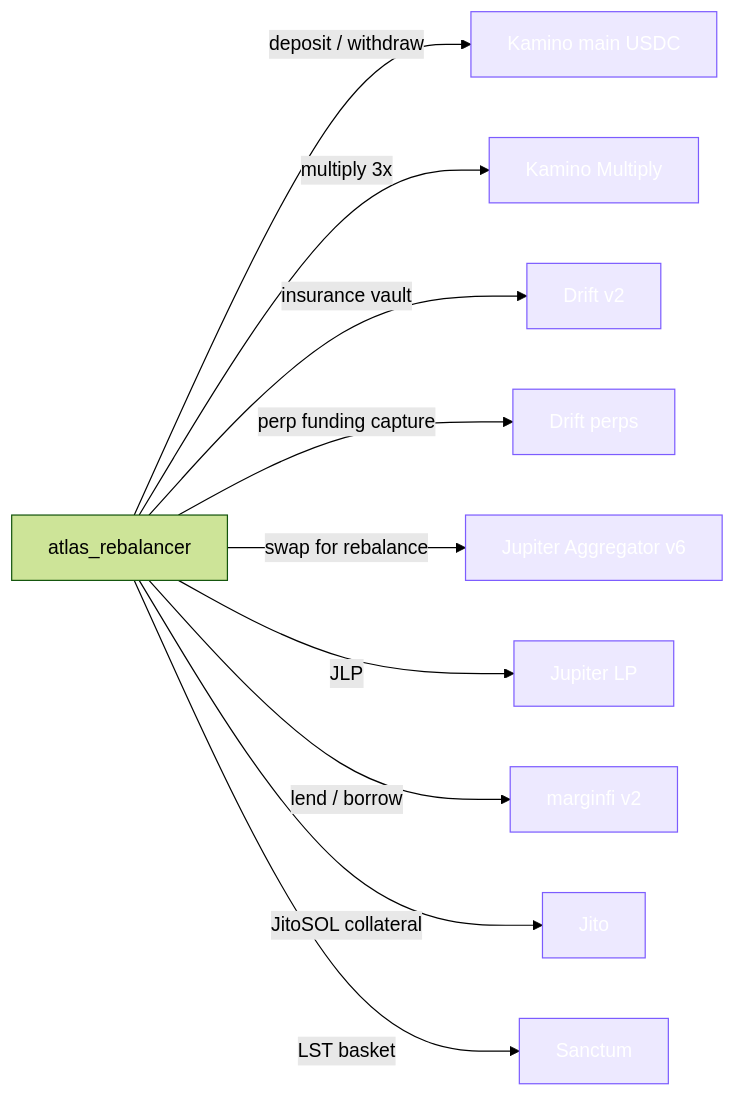
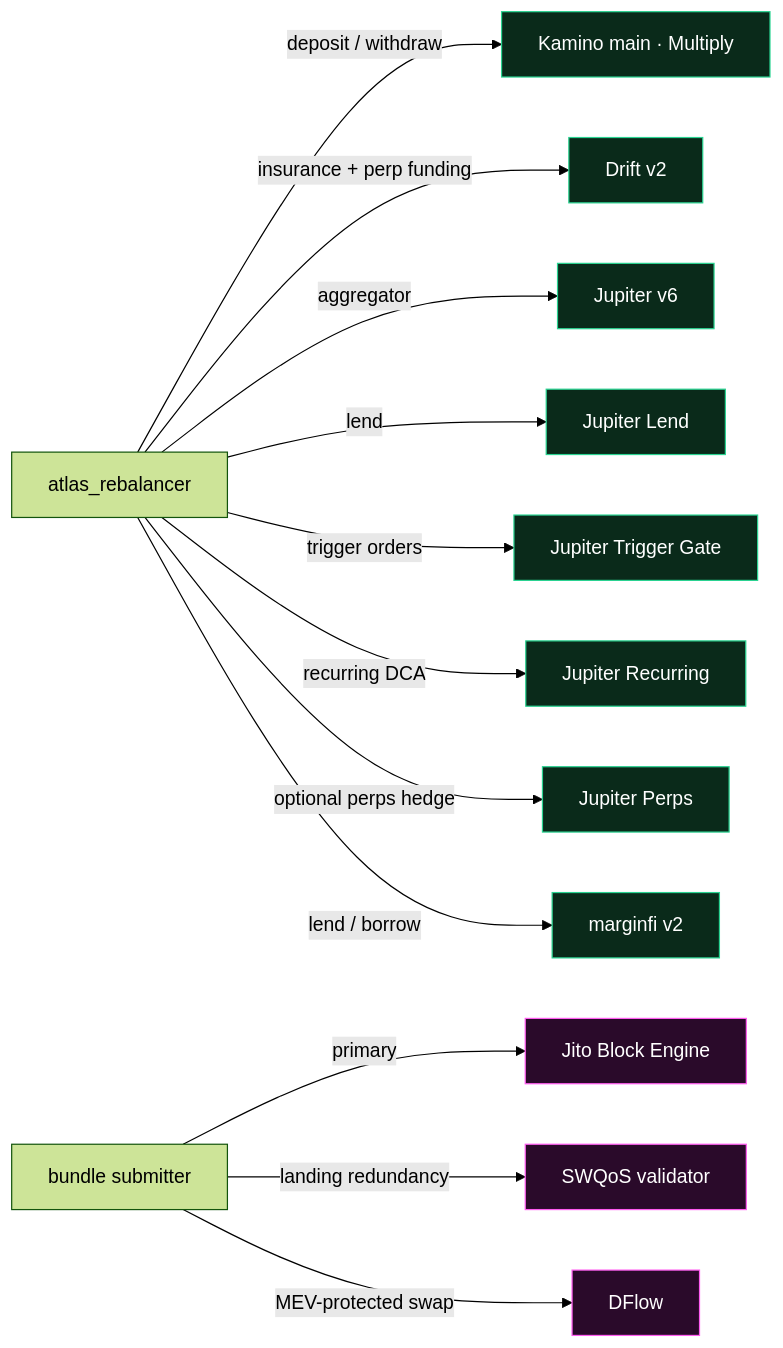
One commit to Sushant6095/Atlas-protocol-colosseum-solana changed the fifth of 7 diagrams in README.md. Above: the diagram before and after it, drawn with Mermaid (forest theme). The commit also changed other lines of this file, not shown here.

First line of the commit message:
docs(readme): institutional Treasury OS positioning + 24-phase architecture

````diff
--- a/README.md
+++ b/README.md
@@ -193,17 +325,22 @@
 ```mermaid
 graph LR
     REB[atlas_rebalancer]
+    REB -->|deposit / withdraw| K1[Kamino main · Multiply]
+    REB -->|insurance + perp funding| D1[Drift v2]
+    REB -->|aggregator| J1[Jupiter v6]
+    REB -->|lend| JL[Jupiter Lend]
+    REB -->|trigger orders| JT[Jupiter Trigger Gate]
+    REB -->|recurring DCA| JR[Jupiter Recurring]
+    REB -->|optional perps hedge| JP[Jupiter Perps]
+    REB -->|lend / borrow| MF[marginfi v2]
 
-    REB -->|"deposit / withdraw"| K1["Kamino main USDC"]
-    REB -->|"multiply 3x"| K2["Kamino Multiply"]
-    REB -->|"insurance vault"| D1["Drift v2"]
-    REB -->|"perp funding capture"| D2["Drift perps"]
-    REB -->|"swap for rebalance"| J1["Jupiter Aggregator v6"]
-    REB -->|"JLP"| J2["Jupiter LP"]
-    REB -->|"lend / borrow"| M1["marginfi v2"]
-    REB -->|"JitoSOL collateral"| JT["Jito"]
-    REB -->|"LST basket"| SC["Sanctum"]
+    SUB[bundle submitter]
+    SUB -->|primary| JI[Jito Block Engine]
+    SUB -->|landing redundancy| SW[SWQoS validator]
+    SUB -->|MEV-protected swap| DF[DFlow]
 
-    classDef p fill:#7c5cff22,stroke:#7c5cff,color:#fff
-    class K1,K2,D1,D2,J1,J2,M1,JT,SC p
+    classDef defi fill:#0a2a1a,stroke:#29d391,color:#fff
+    classDef route fill:#2a0a2a,stroke:#ff5cf0,color:#fff
+    class K1,D1,J1,JL,JT,JR,JP,MF defi
+    class JI,SW,DF route
 ```
````
